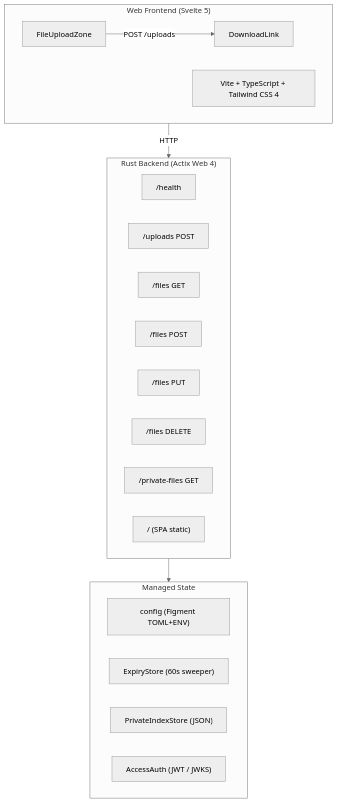
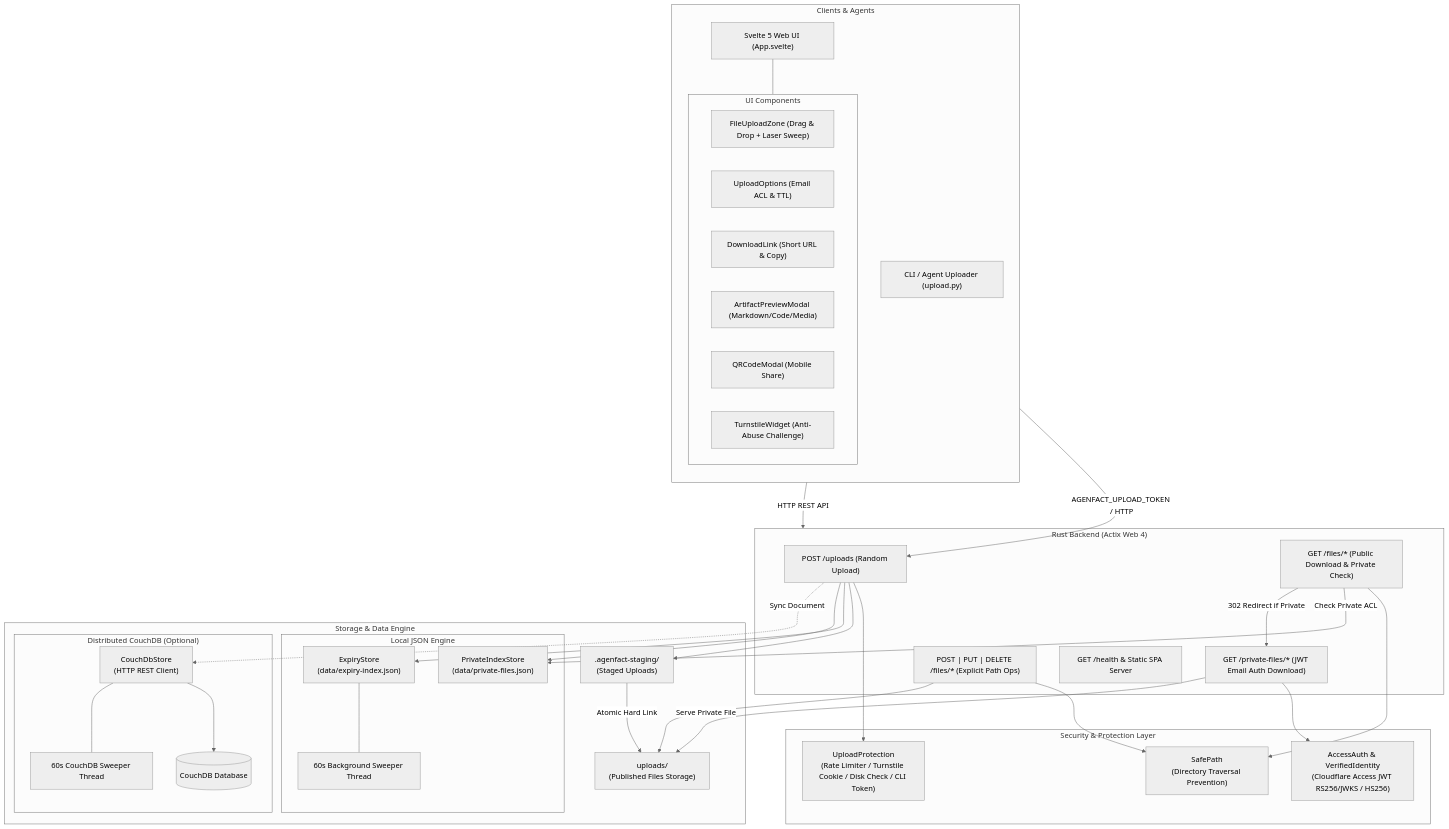
One commit to wei840222/folio changed the diagram in README.md. Above: the diagram before and after it, drawn with Mermaid (neutral theme). The commit also changed other lines of this file and 1 other file, not shown here.

Commit message:
feat: integrate CouchDB persistence with background sweeping and update UI with new upload features

````diff
--- a/README.md
+++ b/README.md
@@ -43,32 +44,72 @@
 ```mermaid
 flowchart TD
-    subgraph frontend["Web Frontend (Svelte 5)"]
-        direction LR
-        FE1[FileUploadZone] -->|POST /uploads| FE2[DownloadLink]
-        FE_DESC["Vite + TypeScript + Tailwind CSS 4"]
+    subgraph clients["Clients & Agents"]
+        direction TB
+        CLI["CLI / Agent Uploader (upload.py)"]
+        WEB["Svelte 5 Web UI (App.svelte)"]
+        
+        subgraph ui_comp["UI Components"]
+            FE1["FileUploadZone (Drag & Drop + Laser Sweep)"]
+            FE2["UploadOptions (Email ACL & TTL)"]
+            FE3["DownloadLink (Short URL & Copy)"]
+            FE4["ArtifactPreviewModal (Markdown/Code/Media)"]
+            FE5["QRCodeModal (Mobile Share)"]
+            FE6["TurnstileWidget (Anti-Abuse Challenge)"]
+        end
+        WEB --- ui_comp
+    end
+
+    subgraph edge["Security & Protection Layer"]
+        PROT["UploadProtection\n(Rate Limiter / Turnstile Cookie / Disk Check / CLI Token)"]
+        AUTH["AccessAuth & VerifiedIdentity\n(Cloudflare Access JWT RS256/JWKS / HS256)"]
+        SAFE["SafePath\n(Directory Traversal Prevention)"]
     end
 
     subgraph backend["Rust Backend (Actix Web 4)"]
-        direction LR
-        R1["/health"]
-        R2["/uploads POST"]
-        R3["/files GET"]
-        R4["/files POST"]
-        R5["/files PUT"]
-        R6["/files DELETE"]
-        R7["/private-files GET"]
-        R8["/ (SPA static)"]
+        R1["POST /uploads (Random Upload)"]
+        R2["GET /files/* (Public Download & Private Check)"]
+        R3["GET /private-files/* (JWT Email Auth Download)"]
+        R4["POST | PUT | DELETE /files/* (Explicit Path Ops)"]
+        R5["GET /health & Static SPA Server"]
     end
 
-    frontend -->|HTTP| backend
+    subgraph storage["Storage & Data Engine"]
+        STAGING[".agenfact-staging/\n(Staged Uploads)"]
+        FS["uploads/\n(Published Files Storage)"]
 
-    subgraph state["Managed State"]
-        direction LR
-        S1["config (Figment TOML+ENV)"]
-        S2["ExpiryStore (60s sweeper)"]
-        S3["PrivateIndexStore (JSON)"]
-        S4["AccessAuth (JWT / JWKS)"]
+        subgraph local_engine["Local JSON Engine"]
+            S_EXP["ExpiryStore\n(data/expiry-index.json)"]
+            S_PRIV["PrivateIndexStore\n(data/private-files.json)"]
+            SW1["60s Background Sweeper Thread"]
+            S_EXP --- SW1
+        end
+
+        subgraph couch_engine["Distributed CouchDB (Optional)"]
+            C_STORE["CouchDbStore\n(HTTP REST Client)"]
+            C_DB[("CouchDB Database")]
+            SW2["60s CouchDB Sweeper Thread"]
+            C_STORE --> C_DB
+            C_STORE --- SW2
+        end
     end
 
-    backend --> state
+    CLI -->|AGENFACT_UPLOAD_TOKEN / HTTP| R1
+    WEB -->|HTTP REST API| backend
+
+    R1 --> PROT
+    R1 --> STAGING
+    STAGING -->|Atomic Hard Link| FS
+    R1 --> S_EXP
+    R1 --> S_PRIV
+    R1 -.->|Sync Document| C_STORE
+
+    R2 --> SAFE
+    R2 -->|Check Private ACL| S_PRIV
+    R2 -->|302 Redirect if Private| R3
+
+    R3 --> AUTH
+    R3 -->|Serve Private File| FS
+
+    R4 --> SAFE
+    R4 --> FS
 ```
````
